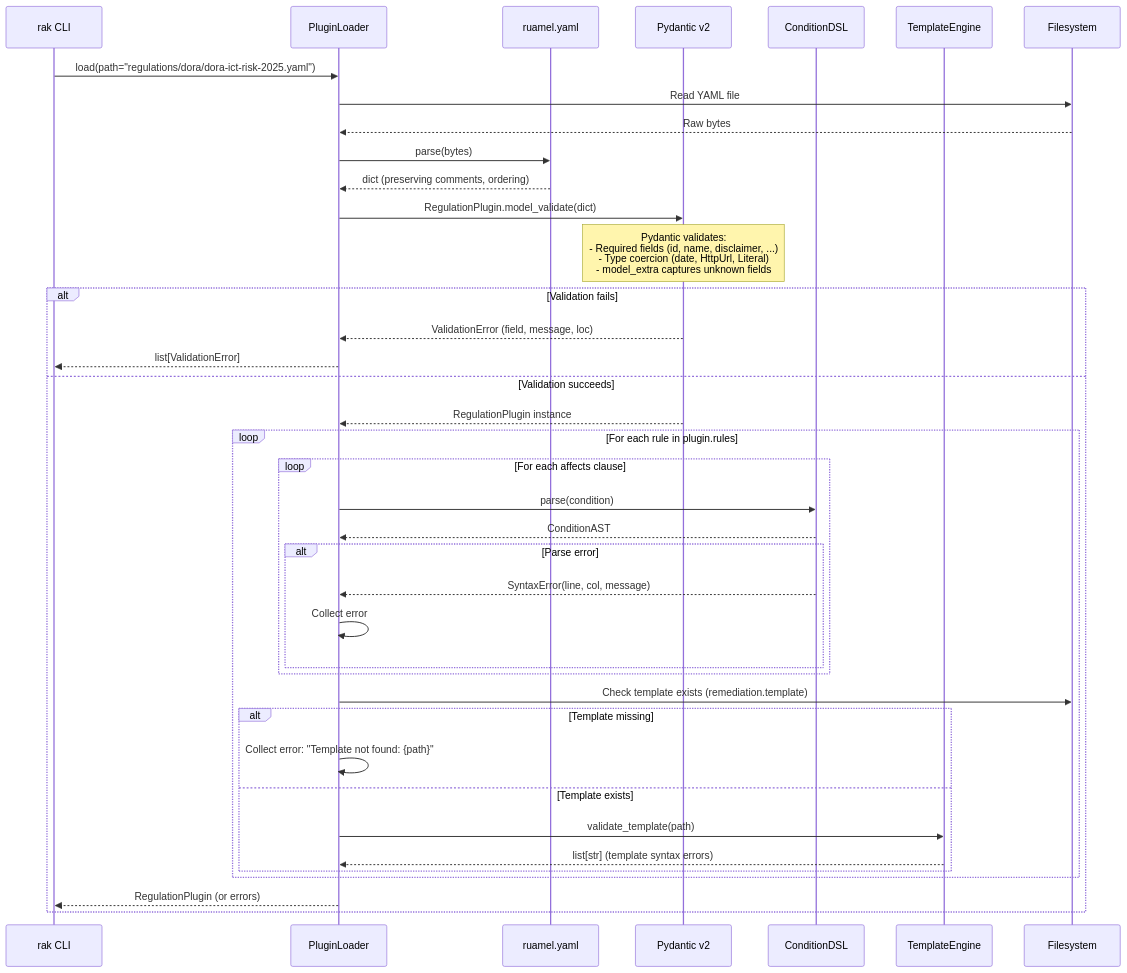
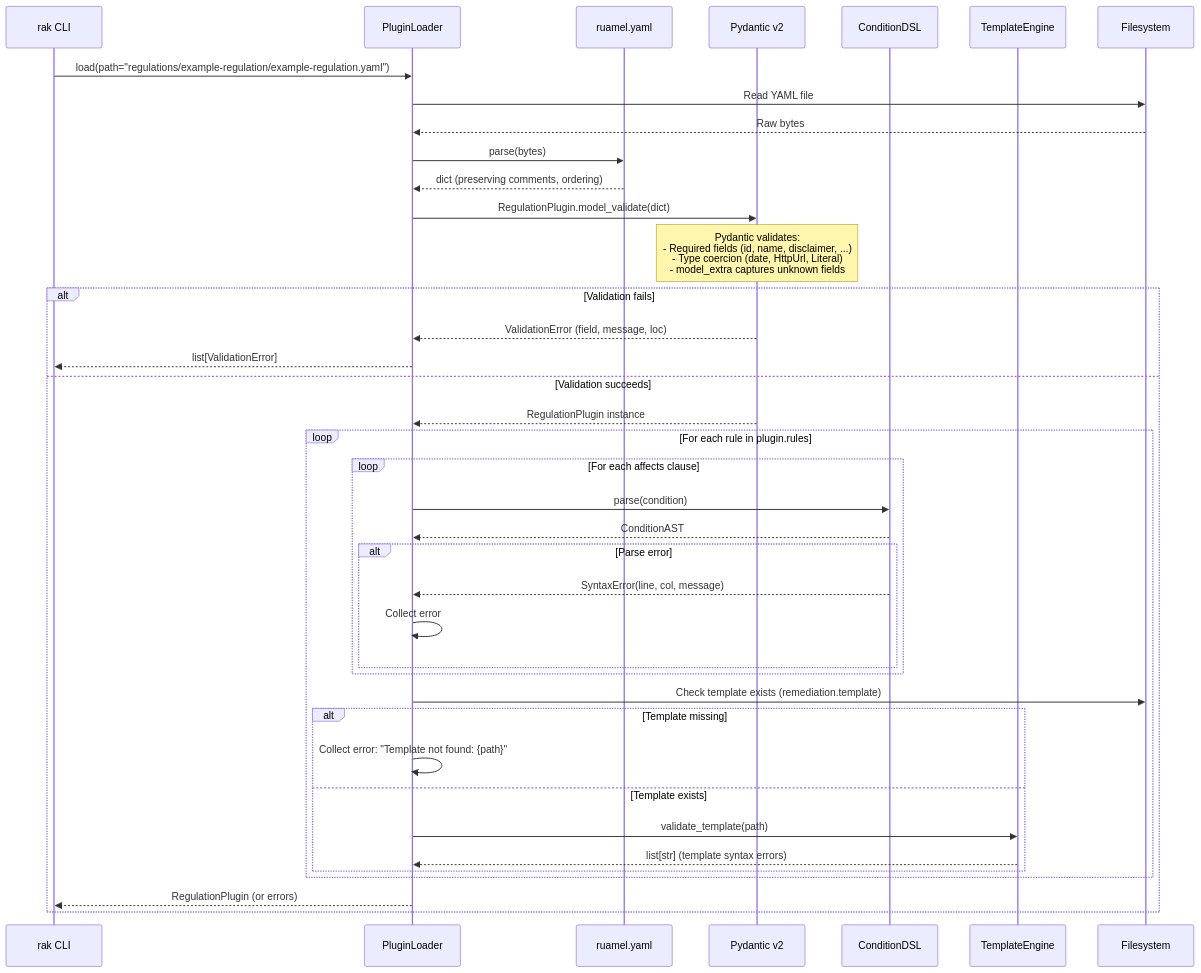
The eighth of 17 diagrams in docs/implementation-design.md (gallindo/regulatory-agent-kit), drawn with Mermaid before and after one commit. The commit also changed other lines of this file and 73 other files, not shown here.

````diff
--- a/docs/implementation-design.md
+++ b/docs/implementation-design.md
@@ -629,48 +629,48 @@
 ```mermaid
 sequenceDiagram
     participant CLI as rak CLI
     participant PL as PluginLoader
     participant YAML as ruamel.yaml
     participant PY as Pydantic v2
     participant DSL as ConditionDSL
     participant TE as TemplateEngine
     participant FS as Filesystem
 
-    CLI->>PL: load(path="regulations/dora/dora-ict-risk-2025.yaml")
+    CLI->>PL: load(path="regulations/example-regulation/example-regulation.yaml")
     PL->>FS: Read YAML file
     FS-->>PL: Raw bytes
     PL->>YAML: parse(bytes)
     YAML-->>PL: dict (preserving comments, ordering)
     PL->>PY: RegulationPlugin.model_validate(dict)
 
     Note over PY: Pydantic validates:<br/>- Required fields (id, name, disclaimer, ...)<br/>- Type coercion (date, HttpUrl, Literal)<br/>- model_extra captures unknown fields
 
     alt Validation fails
         PY-->>PL: ValidationError (field, message, loc)
         PL-->>CLI: list[ValidationError]
     else Validation succeeds
         PY-->>PL: RegulationPlugin instance
 
         loop For each rule in plugin.rules
             loop For each affects clause
                 PL->>DSL: parse(condition)
                 DSL-->>PL: ConditionAST
 
                 alt Parse error
                     DSL-->>PL: SyntaxError(line, col, message)
                     PL->>PL: Collect error
                 end
             end
 
             PL->>FS: Check template exists (remediation.template)
             alt Template missing
                 PL->>PL: Collect error: "Template not found: {path}"
             else Template exists
                 PL->>TE: validate_template(path)
                 TE-->>PL: list[str] (template syntax errors)
             end
         end
 
         PL-->>CLI: RegulationPlugin (or errors)
     end
 ```
````
